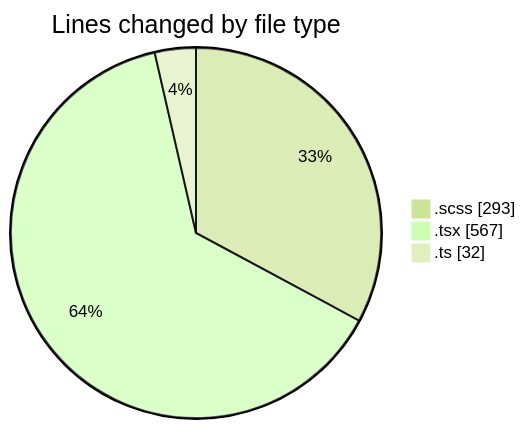
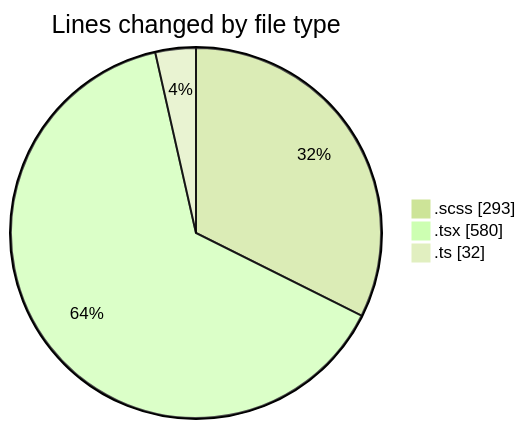
One commit to momahboobian/code-tracking changed the first of 2 diagrams in 2025-03-04/cda/README.md. Above: the diagram before and after it, drawn with Mermaid (forest theme). The commit also changed other lines of this file and 1 other file, not shown here.

````diff
--- a/2025-03-04/cda/README.md
+++ b/2025-03-04/cda/README.md
@@ -25,7 +25,7 @@
 ```mermaid
 pie showData
 title Lines changed by file type
 ".scss" : 293
-".tsx" : 567
+".tsx" : 580
 ".ts" : 32
 ```
````
